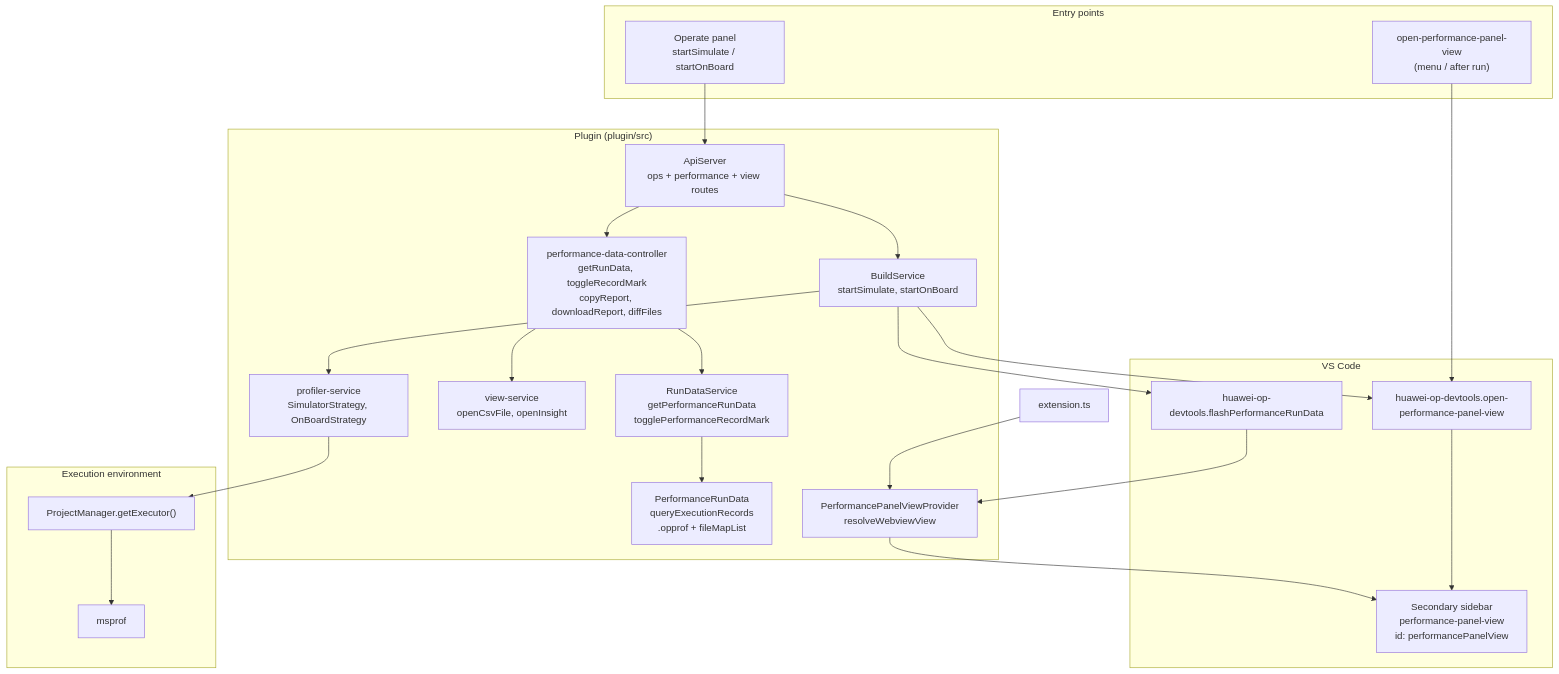
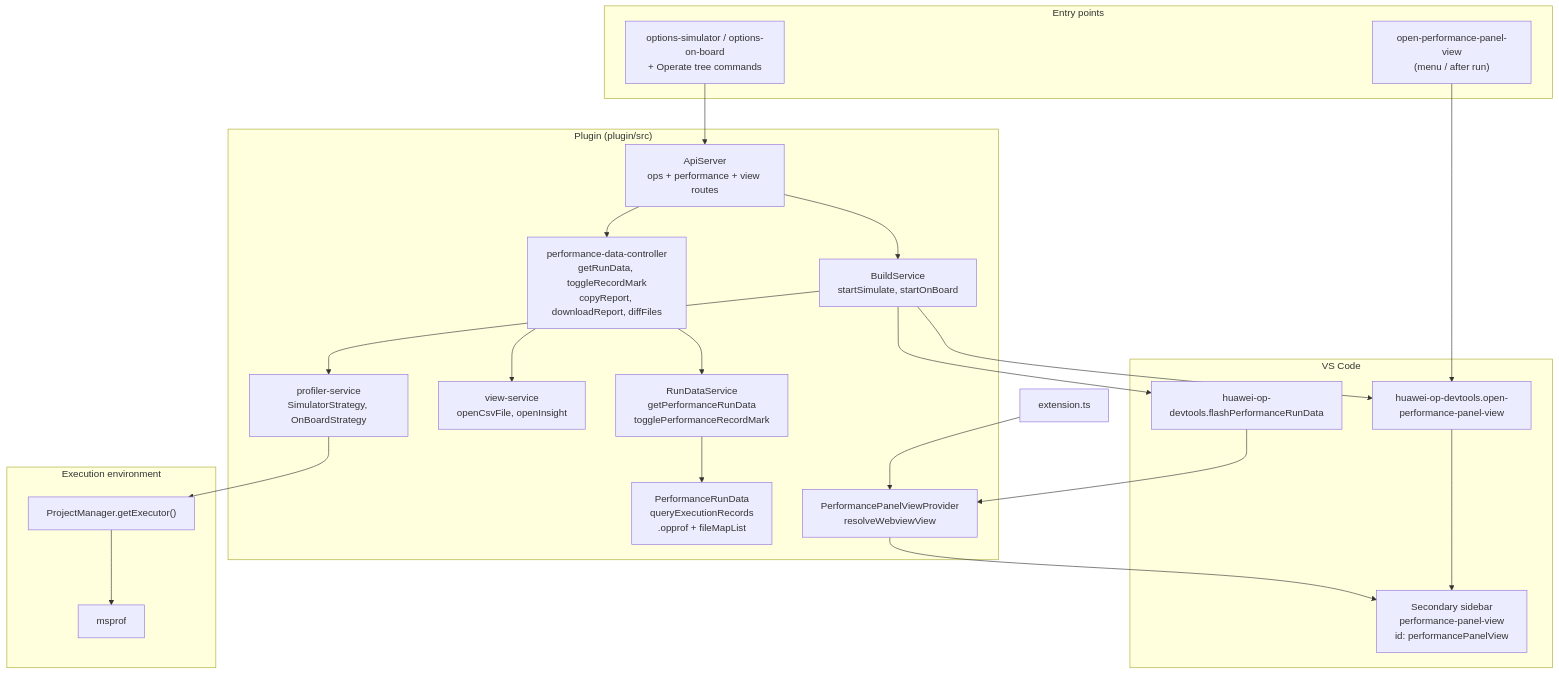
The second of 7 diagrams in docs/profiler-integration.md (IdeFrontend/opdev_plugin), drawn with Mermaid before and after one commit. The commit also changed other lines of this file and 74 other files, not shown here.

````diff
--- a/docs/profiler-integration.md
+++ b/docs/profiler-integration.md
@@ -78,39 +78,39 @@
 ```mermaid
 flowchart TB
   subgraph Entry["Entry points"]
-    Operate["Operate panel\nstartSimulate / startOnBoard"]
+    Options["options-simulator / options-on-board\n+ Operate tree commands"]
     OpenPanel["open-performance-panel-view\n(menu / after run)"]
   end
 
   subgraph Plugin["Plugin (plugin/src)"]
     ApiSrv["ApiServer\nops + performance + view routes"]
     BuildSvc["BuildService\nstartSimulate, startOnBoard"]
     PerfCtrl["performance-data-controller\ngetRunData, toggleRecordMark\ncopyReport, downloadReport, diffFiles"]
     RunDataSvc["RunDataService\ngetPerformanceRunData\ntogglePerformanceRecordMark"]
     PerfRunData["PerformanceRunData\nqueryExecutionRecords\n.opprof + fileMapList"]
     PanelProv["PerformancePanelViewProvider\nresolveWebviewView"]
     ViewSvc["view-service\nopenCsvFile, openInsight"]
     Domain["profiler-service\nSimulatorStrategy, OnBoardStrategy"]
   end
 
   subgraph VSCode["VS Code"]
     Sidebar["Secondary sidebar\nperformance-panel-view\nid: performancePanelView"]
     CmdOpen["huawei-op-devtools.open-performance-panel-view"]
     CmdFlash["huawei-op-devtools.flashPerformanceRunData"]
   end
 
   subgraph Env["Execution environment"]
     Executor["ProjectManager.getExecutor()"]
     Msprof["msprof"]
   end
 
-  Operate --> ApiSrv --> BuildSvc
+  Options --> ApiSrv --> BuildSvc
   BuildSvc --> Domain --> Executor --> Msprof
   BuildSvc --> CmdOpen
   BuildSvc --> CmdFlash
   OpenPanel --> CmdOpen --> Sidebar
   CmdFlash --> PanelProv
   ApiSrv --> PerfCtrl --> RunDataSvc --> PerfRunData
   PerfCtrl --> ViewSvc
   extension.ts --> PanelProv --> Sidebar
 ```
````
